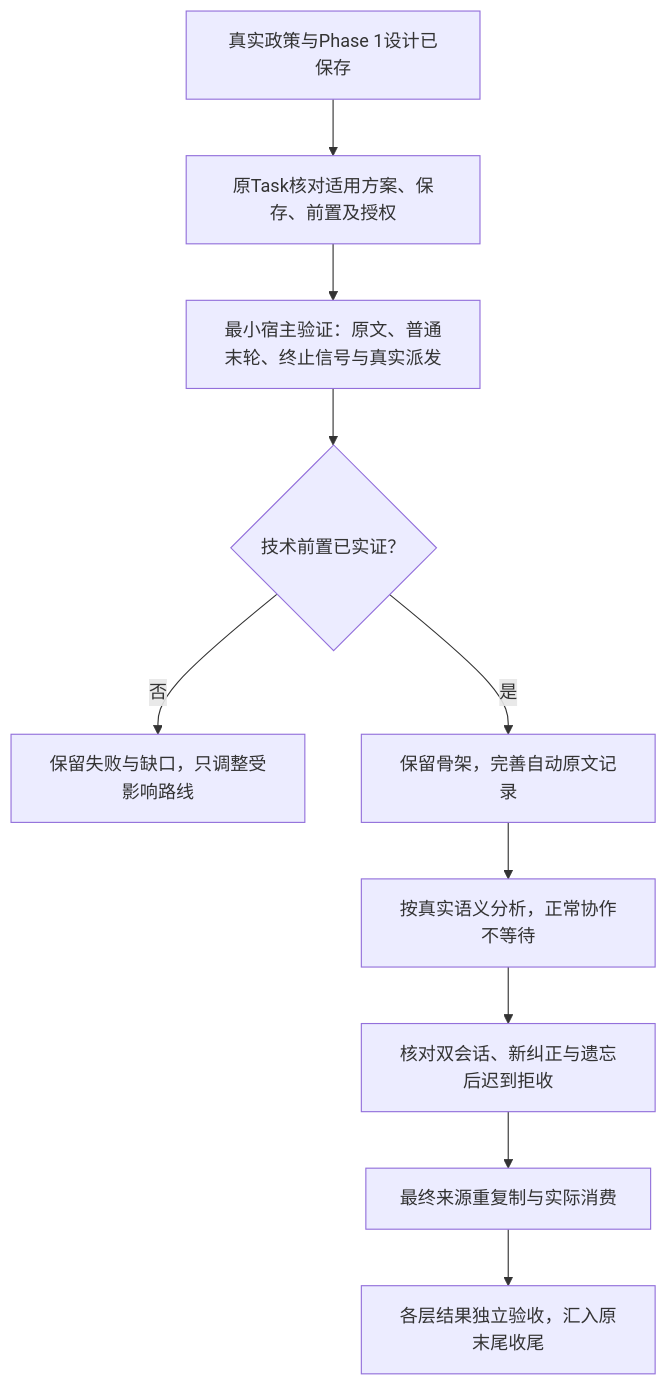
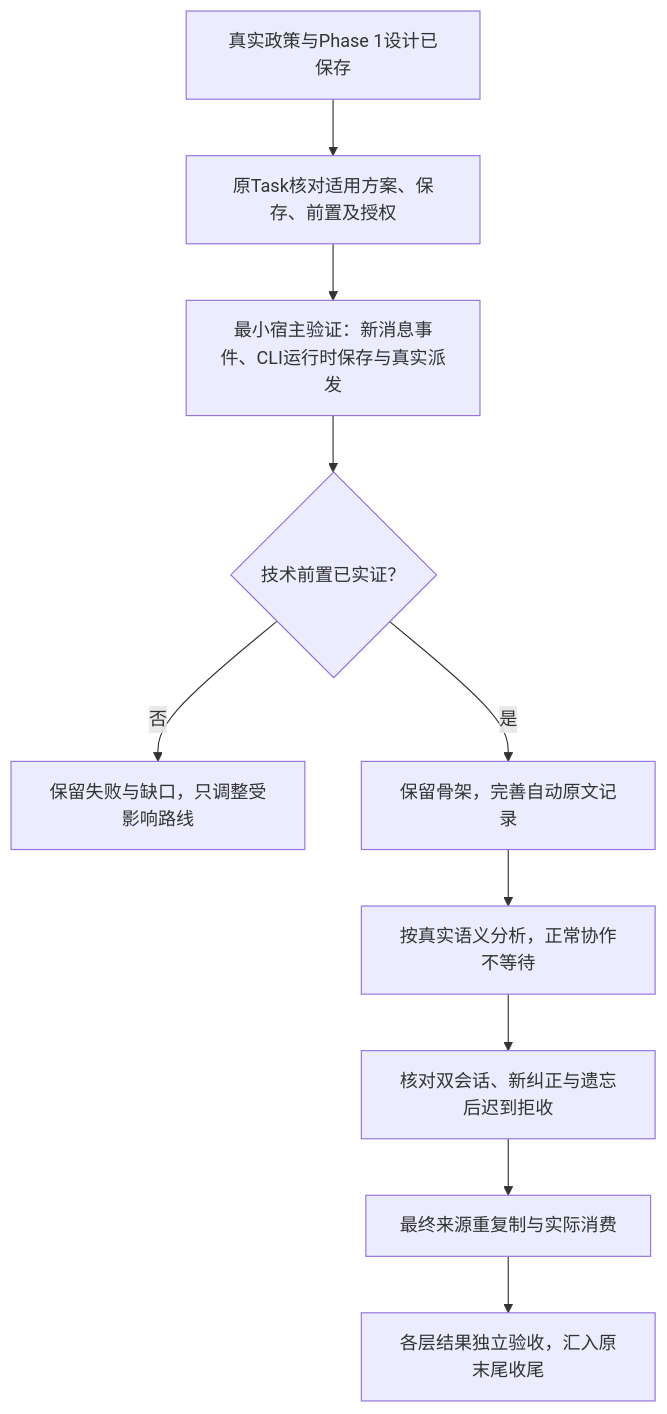
Before and after one commit to Ena-Heleneto/agent-foundry: the first of 3 diagrams in specs/skills/20261029-speckit-workflow-foundation/analysis/spec-analysis/flows.md, drawn with Mermaid. The commit also changed other lines of this file and 52 other files, not shown here.

````diff
--- a/specs/skills/20261029-speckit-workflow-foundation/analysis/spec-analysis/flows.md
+++ b/specs/skills/20261029-speckit-workflow-foundation/analysis/spec-analysis/flows.md
@@ -9,12 +9,12 @@
 ```mermaid
 flowchart TD
     A["真实政策与Phase 1设计已保存"] --> B["原Task核对适用方案、保存、前置及授权"]
-    B --> D["最小宿主验证：原文、普通末轮、终止信号与真实派发"]
+    B --> D["最小宿主验证：新消息事件、CLI运行时保存与真实派发"]
     D --> E{"技术前置已实证？"}
     E -->|否| F["保留失败与缺口，只调整受影响路线"]
     E -->|是| G["保留骨架，完善自动原文记录"]
     G --> H["按真实语义分析，正常协作不等待"]
     H --> J["核对双会话、新纠正与遗忘后迟到拒收"]
     J --> K["最终来源重复制与实际消费"]
     K --> I["各层结果独立验收，汇入原末尾收尾"]
 ```
````
